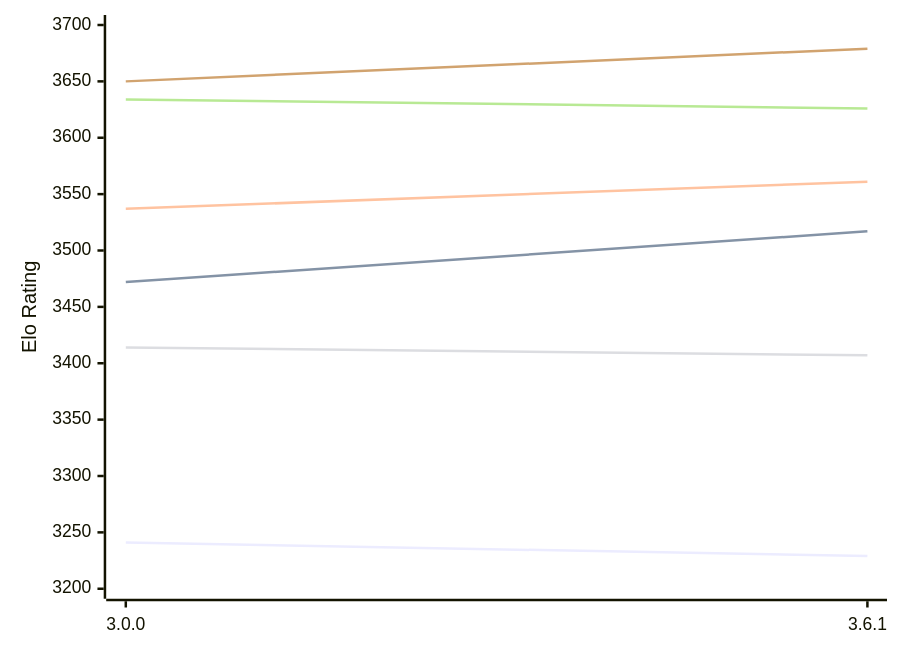
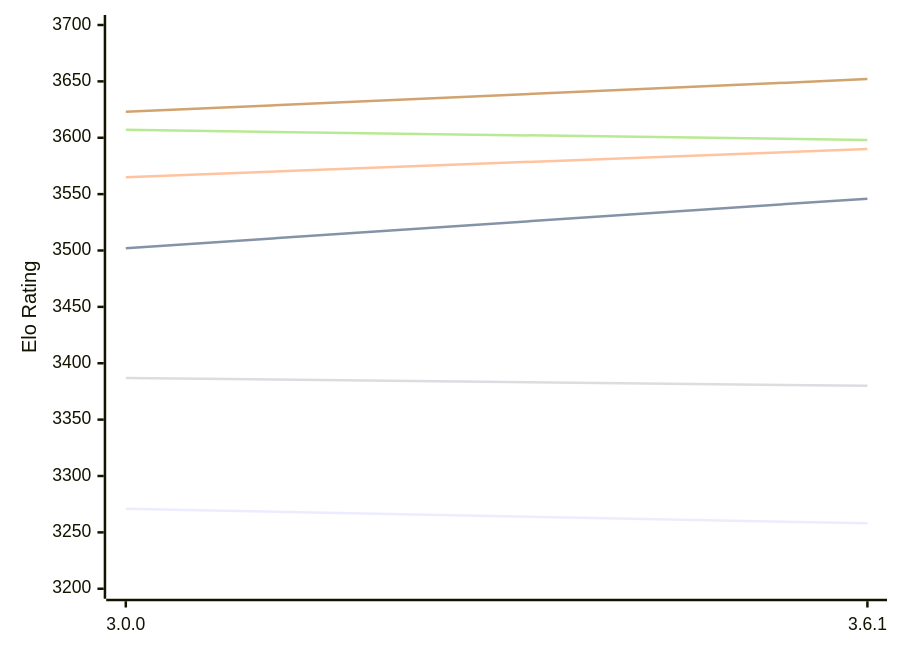
Before and after one commit to computer-chess-index/cci: the diagram in engines/Peras.md, drawn with Mermaid. The commit also changed other lines of this file, not shown here.

Commit message:
Update CCI Ratings (ELO VLTC) - 2026-10-19

````diff
--- a/engines/Peras.md
+++ b/engines/Peras.md
@@ -49,12 +49,12 @@
 ```mermaid
 %%{init: {"theme":"base","themeVariables":{"seriesColors:['#a3a3a3','#222221','#faa371']}}}%%
 xychart-beta
   x-axis ["3.0.0", "3.6.1"]
   y-axis "Elo Rating" 3200 --> 3700
-  line "E1: STC (8.0+0.08s)" [3241, 3229]
-  line "E1: LTC (60.0+0.60s)" [3472, 3517]
-  line "E1: VLTC (2m24s+1.12s)" [3537, 3561]
-  line "P1: STC (8.0+0.08s)" [3414, 3407]
-  line "P1: LTC (60.0+0.60s)" [3634, 3626]
-  line "P1: VLTC (2m24s+1.12s)" [3650, 3679]
+  line "E1: STC (8.0+0.08s)" [3271, 3258]
+  line "E1: LTC (60.0+0.60s)" [3502, 3546]
+  line "E1: VLTC (2m24s+1.12s)" [3565, 3590]
+  line "P1: STC (8.0+0.08s)" [3387, 3380]
+  line "P1: LTC (60.0+0.60s)" [3607, 3598]
+  line "P1: VLTC (2m24s+1.12s)" [3623, 3652]
 ```
````
